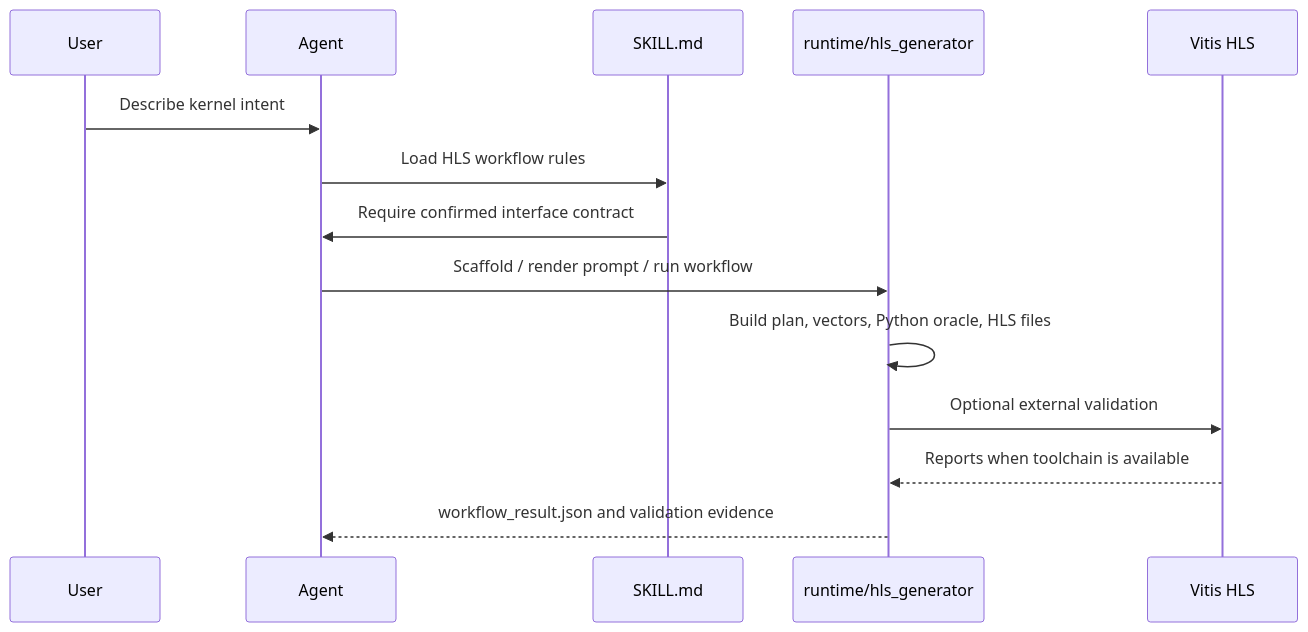
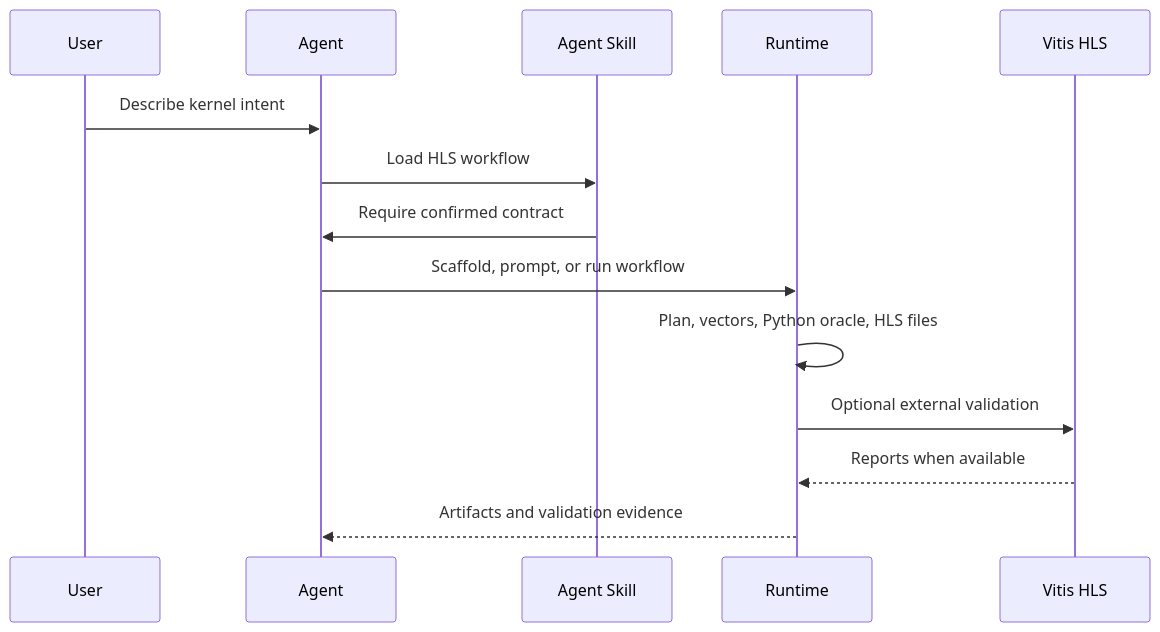
Before and after one commit to mfkiwl/hls-generator: the second of 2 diagrams in README.md, drawn with Mermaid. The commit also changed other lines of this file and 3 other files, not shown here.

````diff
--- a/README.md
+++ b/README.md
@@ -46,17 +53,17 @@
 ```mermaid
 sequenceDiagram
     participant User
     participant Agent
-    participant Skill as SKILL.md
-    participant Runtime as runtime/hls_generator
-    participant Vitis as Vitis HLS
+    participant Skill as Agent Skill
+    participant Runtime
+    participant Toolchain as Vitis HLS
 
     User->>Agent: Describe kernel intent
-    Agent->>Skill: Load HLS workflow rules
-    Skill->>Agent: Require confirmed interface contract
-    Agent->>Runtime: Scaffold / render prompt / run workflow
-    Runtime->>Runtime: Build plan, vectors, Python oracle, HLS files
-    Runtime->>Vitis: Optional external validation
-    Vitis-->>Runtime: Reports when toolchain is available
-    Runtime-->>Agent: workflow_result.json and validation evidence
+    Agent->>Skill: Load HLS workflow
+    Skill->>Agent: Require confirmed contract
+    Agent->>Runtime: Scaffold, prompt, or run workflow
+    Runtime->>Runtime: Plan, vectors, Python oracle, HLS files
+    Runtime->>Toolchain: Optional external validation
+    Toolchain-->>Runtime: Reports when available
+    Runtime-->>Agent: Artifacts and validation evidence
 ```
````
